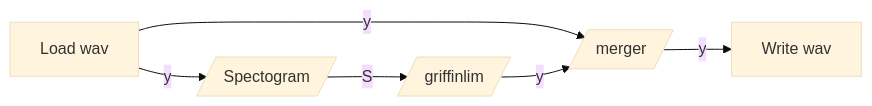
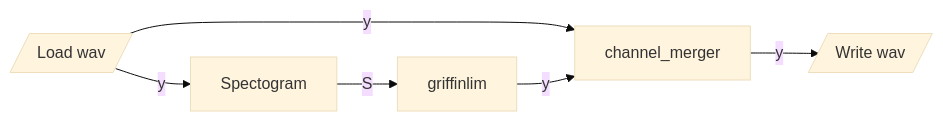
Before and after one commit to wekaco/python-librosa: the first of 3 diagrams in README.md, drawn with Mermaid (base theme). The commit also changed other lines of this file and 1 other file, not shown here.

````diff
--- a/README.md
+++ b/README.md
@@ -4,8 +9,8 @@
 ```mermaid
 graph LR
-  load[Load wav] -->|y|spectogram[/Spectogram/]
-  spectogram-->|S|griffinlim[/griffinlim/]
-  load-->|y|merger[/merger/]
-  griffinlim-->|y|merger
-  merger-->|y|write[Write wav]
+  load[/Load wav/] -->|y|spectogram[Spectogram]
+  spectogram-->|S|griffinlim[griffinlim]
+  load-->|y|channel_merger[channel_merger]
+  griffinlim-->|y|channel_merger
+  channel_merger-->|y|write[/Write wav/]
 ```
````
